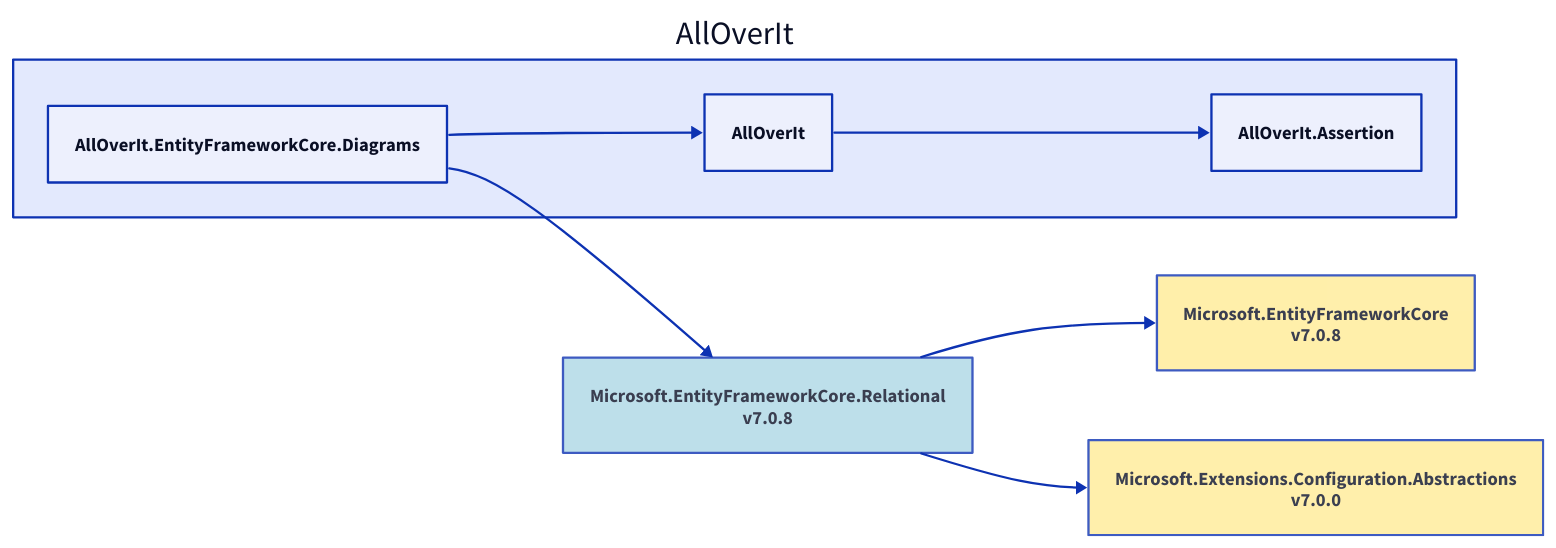
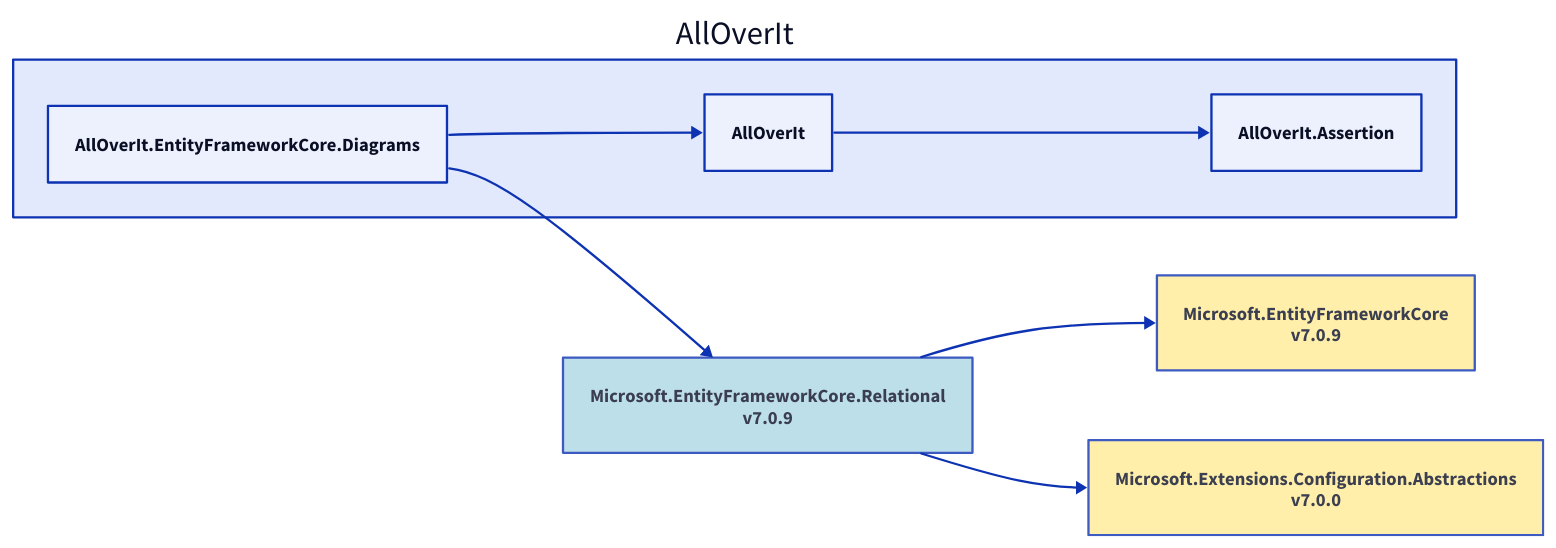
The diagram in Docs/Dependencies/alloverit-entityframeworkcore-diagrams.d2 (nickathone/AllOverIt), drawn with D2 before and after one commit. The commit also changed 12 other files, not shown here.

Commit message:
Diagram updates

```diff
--- a/Docs/Dependencies/alloverit-entityframeworkcore-diagrams.d2
+++ b/Docs/Dependencies/alloverit-entityframeworkcore-diagrams.d2
@@ -1,20 +1,20 @@
 direction: right
 
 aoi: AllOverIt
 aoi.alloverit-entityframeworkcore-diagrams: AllOverIt.EntityFrameworkCore.Diagrams
-microsoft-entityframeworkcore-relational_7-0-8: Microsoft.EntityFrameworkCore.Relational\nv7.0.8
-microsoft-entityframeworkcore-relational_7-0-8.style.fill: "#ADD8E6"
-microsoft-entityframeworkcore-relational_7-0-8.style.opacity: 0.8
-microsoft-entityframeworkcore_7-0-8: Microsoft.EntityFrameworkCore\nv7.0.8
-microsoft-entityframeworkcore_7-0-8.style.fill: "#FFEC96"
-microsoft-entityframeworkcore_7-0-8.style.opacity: 0.8
-microsoft-entityframeworkcore_7-0-8 <- microsoft-entityframeworkcore-relational_7-0-8
+microsoft-entityframeworkcore-relational_7-0-9: Microsoft.EntityFrameworkCore.Relational\nv7.0.9
+microsoft-entityframeworkcore-relational_7-0-9.style.fill: "#ADD8E6"
+microsoft-entityframeworkcore-relational_7-0-9.style.opacity: 0.8
+microsoft-entityframeworkcore_7-0-9: Microsoft.EntityFrameworkCore\nv7.0.9
+microsoft-entityframeworkcore_7-0-9.style.fill: "#FFEC96"
+microsoft-entityframeworkcore_7-0-9.style.opacity: 0.8
+microsoft-entityframeworkcore_7-0-9 <- microsoft-entityframeworkcore-relational_7-0-9
 microsoft-extensions-configuration-abstractions_7-0-0: Microsoft.Extensions.Configuration.Abstractions\nv7.0.0
 microsoft-extensions-configuration-abstractions_7-0-0.style.fill: "#FFEC96"
 microsoft-extensions-configuration-abstractions_7-0-0.style.opacity: 0.8
-microsoft-extensions-configuration-abstractions_7-0-0 <- microsoft-entityframeworkcore-relational_7-0-8
-microsoft-entityframeworkcore-relational_7-0-8 <- aoi.alloverit-entityframeworkcore-diagrams
+microsoft-extensions-configuration-abstractions_7-0-0 <- microsoft-entityframeworkcore-relational_7-0-9
+microsoft-entityframeworkcore-relational_7-0-9 <- aoi.alloverit-entityframeworkcore-diagrams
 aoi.alloverit: AllOverIt
 aoi.alloverit-assertion: AllOverIt.Assertion
 aoi.alloverit-assertion <- aoi.alloverit
 aoi.alloverit <- aoi.alloverit-entityframeworkcore-diagrams
```
